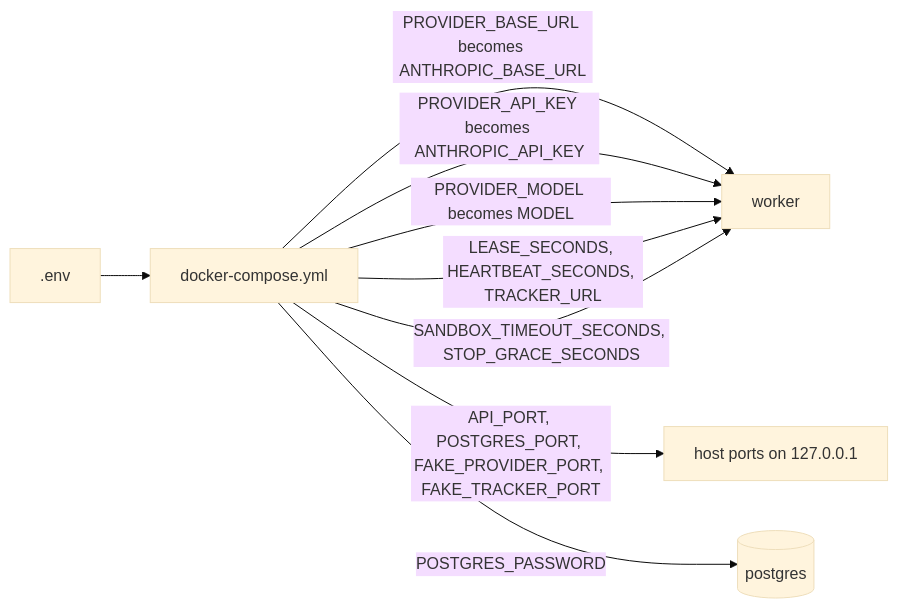
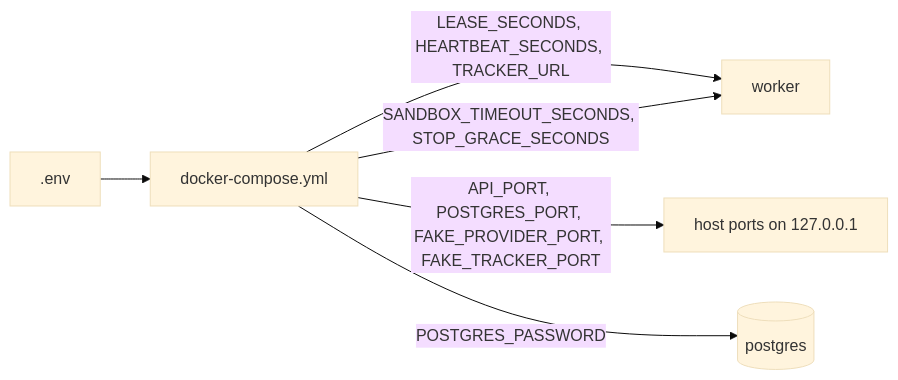
Before and after one commit to sindredg/agent-runtime: the first of 2 diagrams in docs/settings.md, drawn with Mermaid (base theme). The commit also changed other lines of this file and 12 other files, not shown here.

````diff
--- a/docs/settings.md
+++ b/docs/settings.md
@@ -9,11 +9,8 @@
 ```mermaid
 flowchart LR
     E[.env] --> C[docker-compose.yml]
-    C -->|PROVIDER_BASE_URL becomes ANTHROPIC_BASE_URL| W[worker]
-    C -->|PROVIDER_API_KEY becomes ANTHROPIC_API_KEY| W
-    C -->|PROVIDER_MODEL becomes MODEL| W
-    C -->|LEASE_SECONDS, HEARTBEAT_SECONDS, TRACKER_URL| W
+    C -->|LEASE_SECONDS, HEARTBEAT_SECONDS, TRACKER_URL| W[worker]
     C -->|SANDBOX_TIMEOUT_SECONDS, STOP_GRACE_SECONDS| W
     C -->|API_PORT, POSTGRES_PORT, FAKE_PROVIDER_PORT, FAKE_TRACKER_PORT| H[host ports on 127.0.0.1]
     C -->|POSTGRES_PASSWORD| DB[(postgres)]
 ```
````
